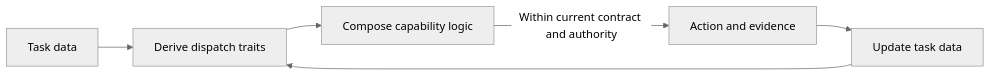
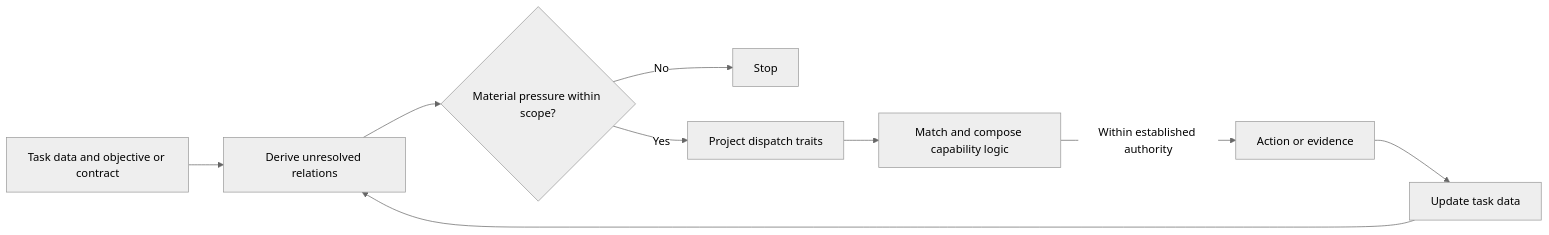
One commit to agentic-tend/.github changed the diagram in docs/capability-model.md. Above: the diagram before and after it, drawn with Mermaid (neutral theme). The commit also changed other lines of this file and 12 other files, not shown here.

````diff
--- a/docs/capability-model.md
+++ b/docs/capability-model.md
@@ -7,8 +7,11 @@
 ```mermaid
 flowchart LR
-    A[Task data] --> B[Derive dispatch traits]
-    B --> C[Compose capability logic]
-    C -->|Within current contract and authority| D[Action and evidence]
-    D --> E[Update task data]
-    E --> B
+    A[Task data and objective or contract] --> B[Derive unresolved relations]
+    B --> C{Material pressure within scope?}
+    C -->|No| S[Stop]
+    C -->|Yes| D[Project dispatch traits]
+    D --> E[Match and compose capability logic]
+    E -->|Within established authority| F[Action or evidence]
+    F --> G[Update task data]
+    G --> B
 ```
````
